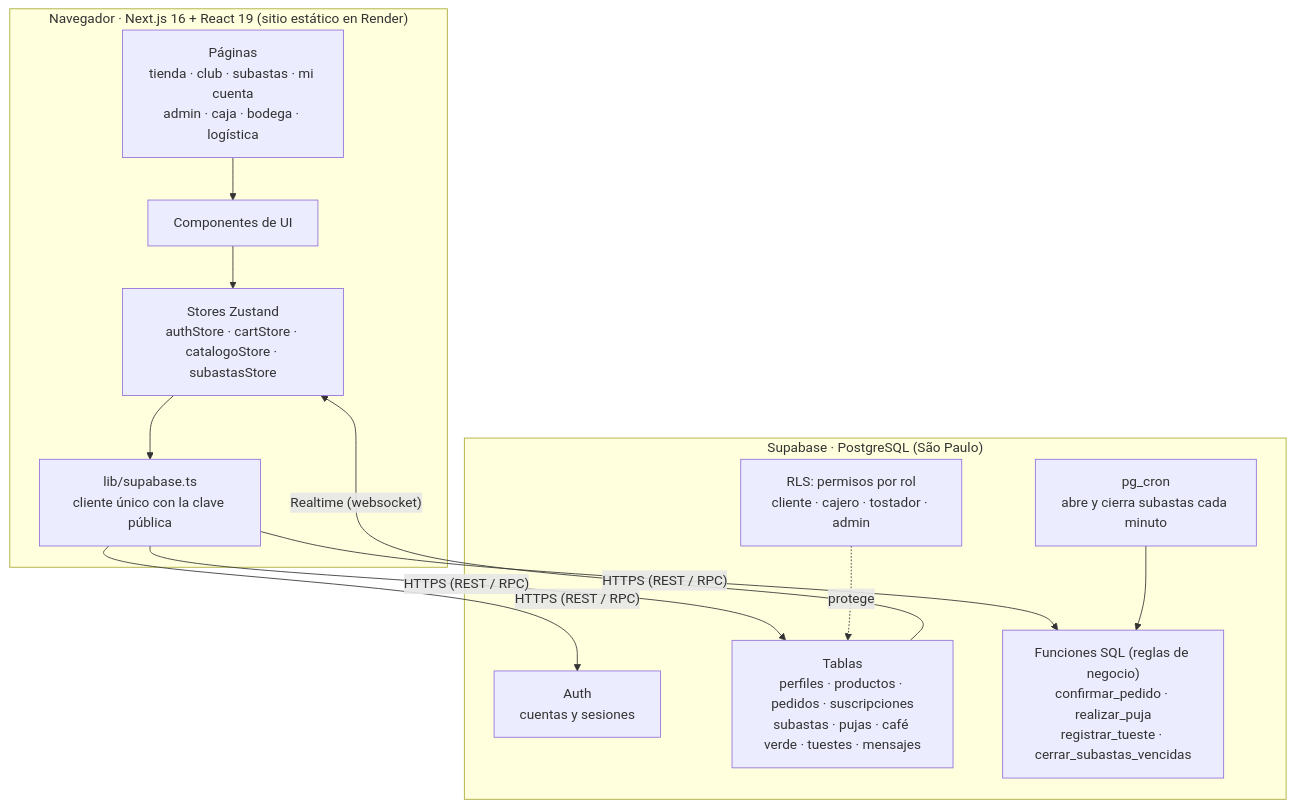
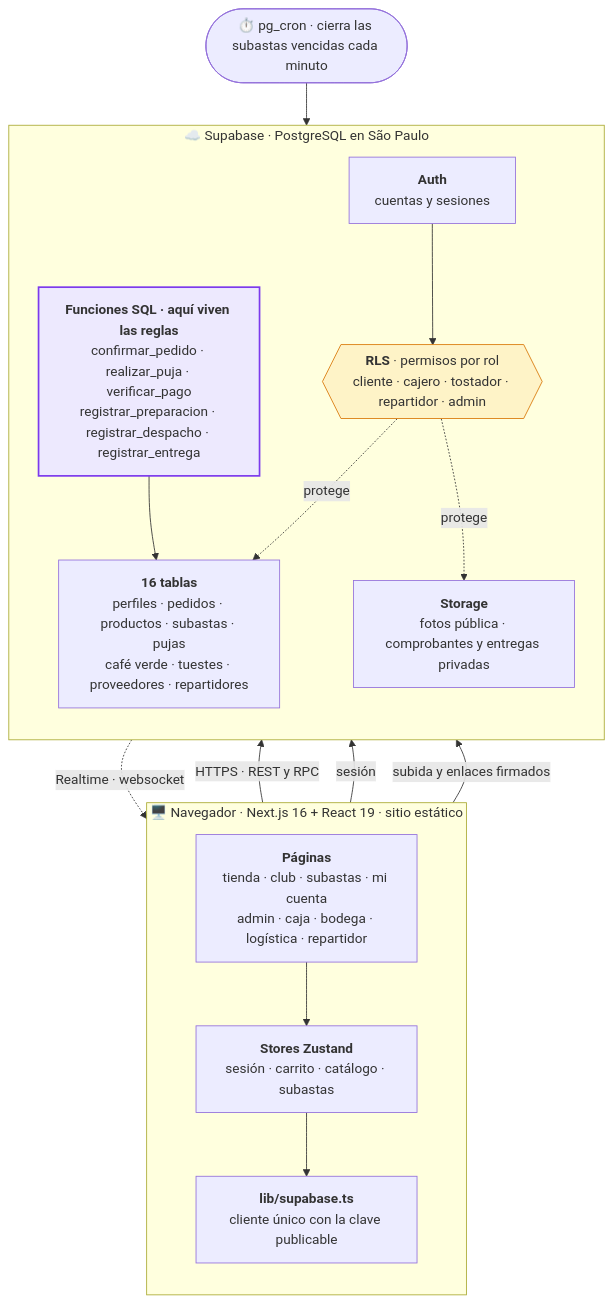
The diagram in README.md (Alex-JC-dot/grano-y-aroma), drawn with Mermaid before and after one commit. The commit also changed other lines of this file and 2 other files, not shown here.

Commit message:
README: GIFs del sitio, recorrido de prueba y trazabilidad

````diff
--- a/README.md
+++ b/README.md
@@ -34,23 +121,33 @@
 ```mermaid
 flowchart TB
-  subgraph Navegador["Navegador · Next.js 16 + React 19 (sitio estático en Render)"]
-    P["Páginas<br/>tienda · club · subastas · mi cuenta<br/>admin · caja · bodega · logística"]
-    C["Componentes de UI"]
-    S["Stores Zustand<br/>authStore · cartStore · catalogoStore · subastasStore"]
-    L["lib/supabase.ts<br/>cliente único con la clave pública"]
-    P --> C --> S --> L
+  subgraph Nav["🖥️ Navegador · Next.js 16 + React 19 · sitio estático"]
+    direction TB
+    P["<b>Páginas</b><br/>tienda · club · subastas · mi cuenta<br/>admin · caja · bodega · logística · repartidor"]
+    S["<b>Stores Zustand</b><br/>sesión · carrito · catálogo · subastas"]
+    L["<b>lib/supabase.ts</b><br/>cliente único con la clave publicable"]
+    P --> S --> L
   end
 
-  subgraph Supabase["Supabase · PostgreSQL (São Paulo)"]
-    A["Auth<br/>cuentas y sesiones"]
-    T["Tablas<br/>perfiles · productos · pedidos · suscripciones<br/>subastas · pujas · café verde · tuestes · mensajes"]
-    F["Funciones SQL (reglas de negocio)<br/>confirmar_pedido · realizar_puja<br/>registrar_tueste · cerrar_subastas_vencidas"]
-    R["RLS: permisos por rol<br/>cliente · cajero · tostador · admin"]
-    J["pg_cron<br/>abre y cierra subastas cada minuto"]
+  L -->|"HTTPS · REST y RPC"| F
+  L -->|"sesión"| A
+  L -->|"subida y enlaces firmados"| G
+
+  subgraph Sup["☁️ Supabase · PostgreSQL en São Paulo"]
+    direction TB
+    F["<b>Funciones SQL · aquí viven las reglas</b><br/>confirmar_pedido · realizar_puja · verificar_pago<br/>registrar_preparacion · registrar_despacho · registrar_entrega"]
+    A["<b>Auth</b><br/>cuentas y sesiones"]
+    T["<b>16 tablas</b><br/>perfiles · pedidos · productos · subastas · pujas<br/>café verde · tuestes · proveedores · repartidores"]
+    G["<b>Storage</b><br/>fotos pública · comprobantes y entregas privadas"]
+    R{{"<b>RLS</b> · permisos por rol<br/>cliente · cajero · tostador · repartidor · admin"}}
+    F --> T
+    A --> R
+    R -.->|protege| T
+    R -.->|protege| G
   end
 
-  L -- "HTTPS (REST / RPC)" --> A & T & F
-  T -- "Realtime (websocket)" --> S
-  R -. protege .-> T
-  J --> F
+  T -.->|"Realtime · websocket"| S
+  C(["⏱️ pg_cron · cierra las subastas vencidas cada minuto"]) --> F
+
+  style F fill:#ede9fe,stroke:#7c3aed,stroke-width:2px
+  style R fill:#fef3c7,stroke:#d97706
 ```
````
